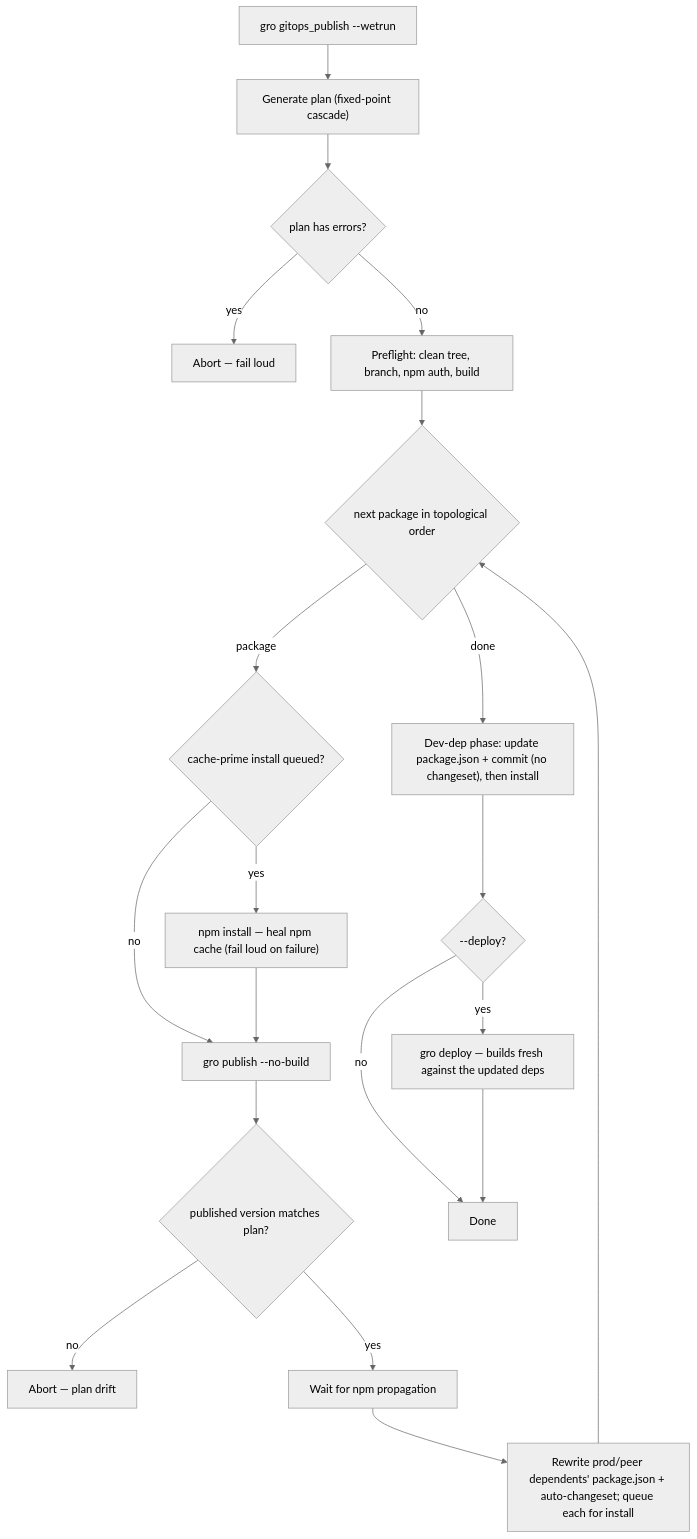
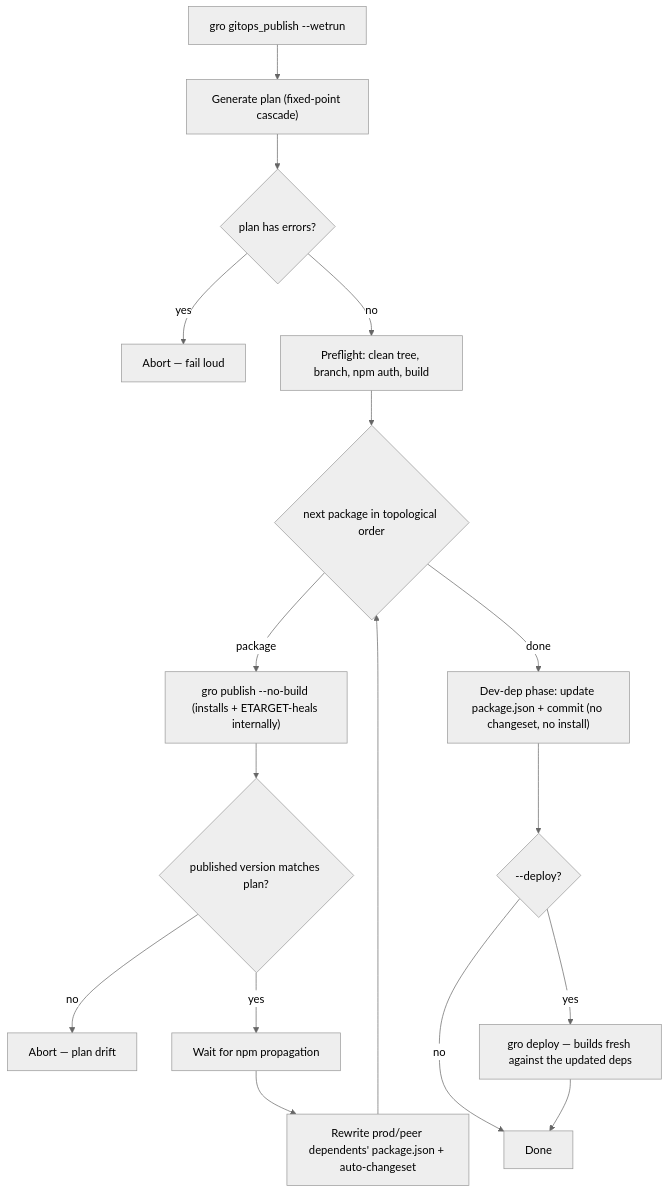
The diagram in docs/publishing.md (fuzdev/fuz_gitops), drawn with Mermaid (neutral theme) before and after one commit. The commit also changed other lines of this file and 22 other files, not shown here.

````diff
--- a/docs/publishing.md
+++ b/docs/publishing.md
@@ -113,22 +112,19 @@
 ```mermaid
 flowchart TD
     A["gro gitops_publish --wetrun"] --> B["Generate plan (fixed-point cascade)"]
     B --> C{"plan has errors?"}
     C -->|yes| X["Abort — fail loud"]
     C -->|no| D["Preflight: clean tree, branch, npm auth, build"]
     D --> E{"next package in topological order"}
-    E -->|package| F{"cache-prime install queued?"}
-    F -->|yes| G["npm install — heal npm cache (fail loud on failure)"]
-    F -->|no| H["gro publish --no-build"]
-    G --> H
+    E -->|package| H["gro publish --no-build (installs + ETARGET-heals internally)"]
     H --> I{"published version matches plan?"}
     I -->|no| Y["Abort — plan drift"]
     I -->|yes| J["Wait for npm propagation"]
-    J --> K["Rewrite prod/peer dependents' package.json + auto-changeset; queue each for install"]
+    J --> K["Rewrite prod/peer dependents' package.json + auto-changeset"]
     K --> E
-    E -->|done| L["Dev-dep phase: update package.json + commit (no changeset), then install"]
+    E -->|done| L["Dev-dep phase: update package.json + commit (no changeset, no install)"]
     L --> M{"--deploy?"}
     M -->|yes| N["gro deploy — builds fresh against the updated deps"]
     M -->|no| Z["Done"]
     N --> Z
 ```
````
